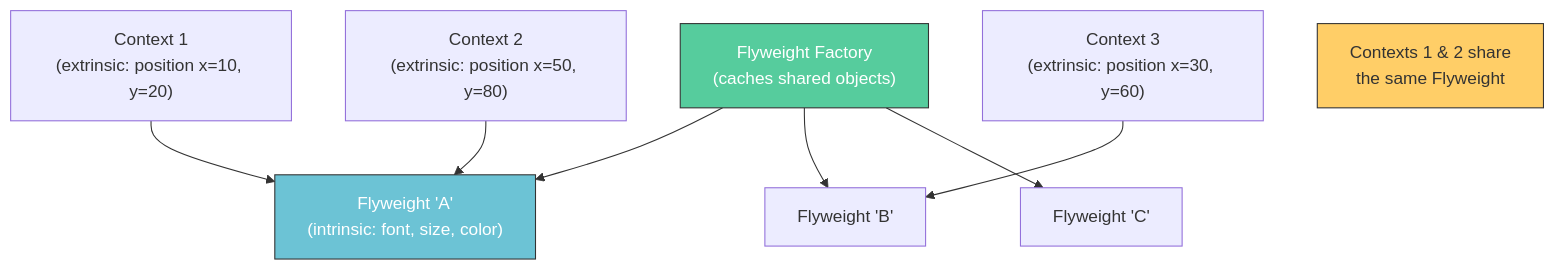
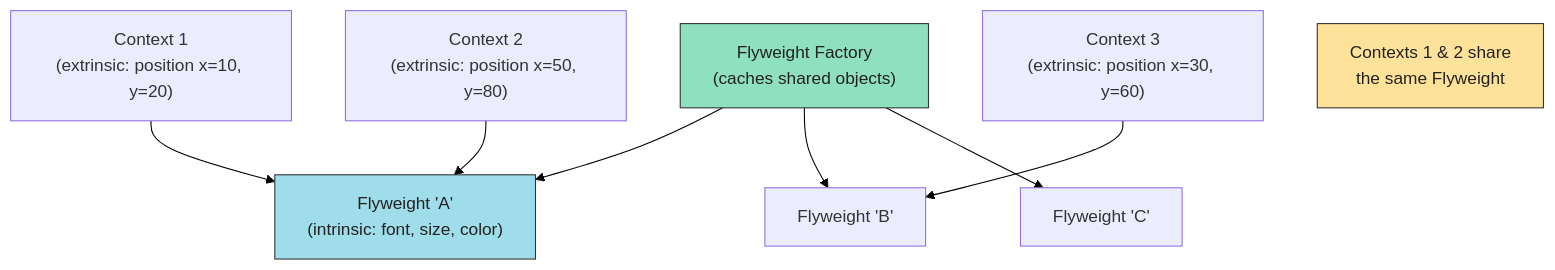
Before and after one commit to tanquangduong/tanquangduong.github.io: the sixth of 10 diagrams in posts/design-pattern/Design-Pattern-Interview-QA-2.qmd, drawn with Mermaid. The commit also changed other lines of this file and 204 other files, not shown here.

````diff
--- a/posts/design-pattern/Design-Pattern-Interview-QA-2.qmd
+++ b/posts/design-pattern/Design-Pattern-Interview-QA-2.qmd
@@ -846,21 +851,22 @@
 ```{mermaid}
 graph TD
+    linkStyle default stroke:#000,color:#000
     FACTORY["Flyweight Factory<br/>(caches shared objects)"]
     FACTORY --> FW1["Flyweight 'A'<br/>(intrinsic: font, size, color)"]
     FACTORY --> FW2["Flyweight 'B'"]
     FACTORY --> FW3["Flyweight 'C'"]
 
     C1["Context 1<br/>(extrinsic: position x=10, y=20)"]
     C2["Context 2<br/>(extrinsic: position x=50, y=80)"]
     C3["Context 3<br/>(extrinsic: position x=30, y=60)"]
 
     C1 --> FW1
     C2 --> FW1
     C3 --> FW2
 
     NOTE["Contexts 1 & 2 share<br/>the same Flyweight"]
 
-    style FACTORY fill:#56cc9d,stroke:#333,color:#fff
-    style FW1 fill:#6cc3d5,stroke:#333,color:#fff
-    style NOTE fill:#ffce67,stroke:#333
+    style FACTORY fill:#8fe0bf,stroke:#333,color:#222
+    style FW1 fill:#9fddea,stroke:#333,color:#222
+    style NOTE fill:#ffe29a,stroke:#333,color:#222
 ```
````
